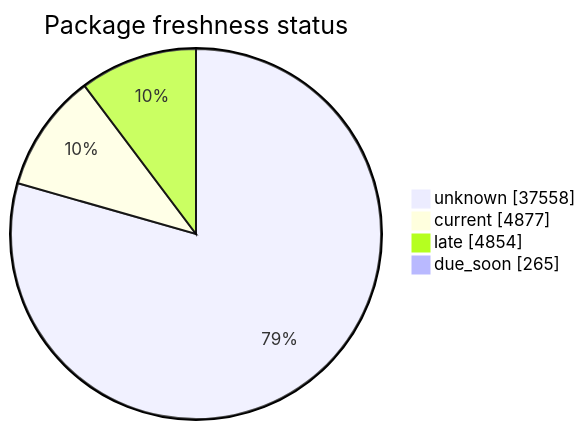
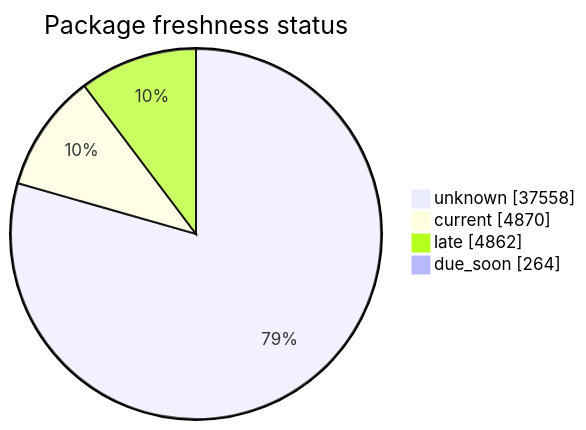
Before and after one commit to open-data/analytics-corporate-reporting: the second of 5 diagrams in FreshCheck/README.md, drawn with Mermaid. The commit also changed other lines of this file and 3 other files, not shown here.

````diff
--- a/FreshCheck/README.md
+++ b/FreshCheck/README.md
@@ -69,7 +69,7 @@
 ```mermaid
 pie showData title Package freshness status
     "unknown": 37558
-    "current": 4877
-    "late": 4854
-    "due_soon": 265
+    "current": 4870
+    "late": 4862
+    "due_soon": 264
 ```
````
